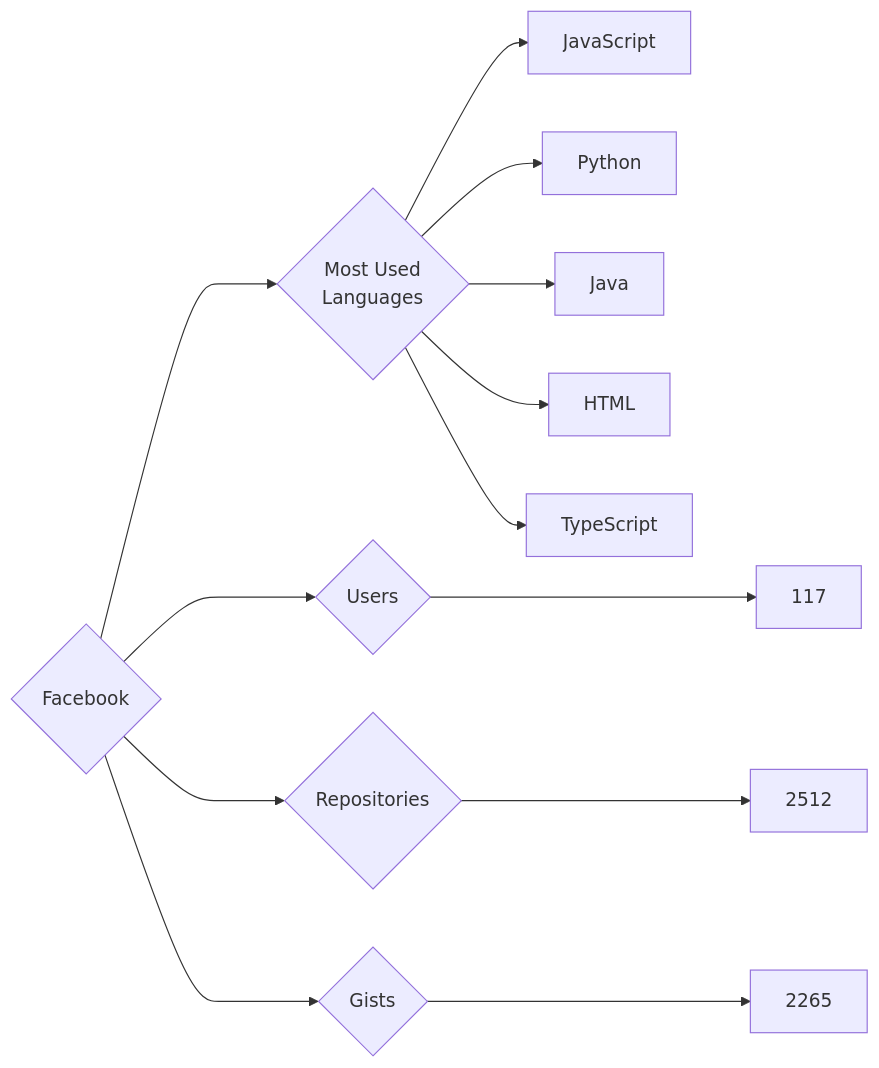
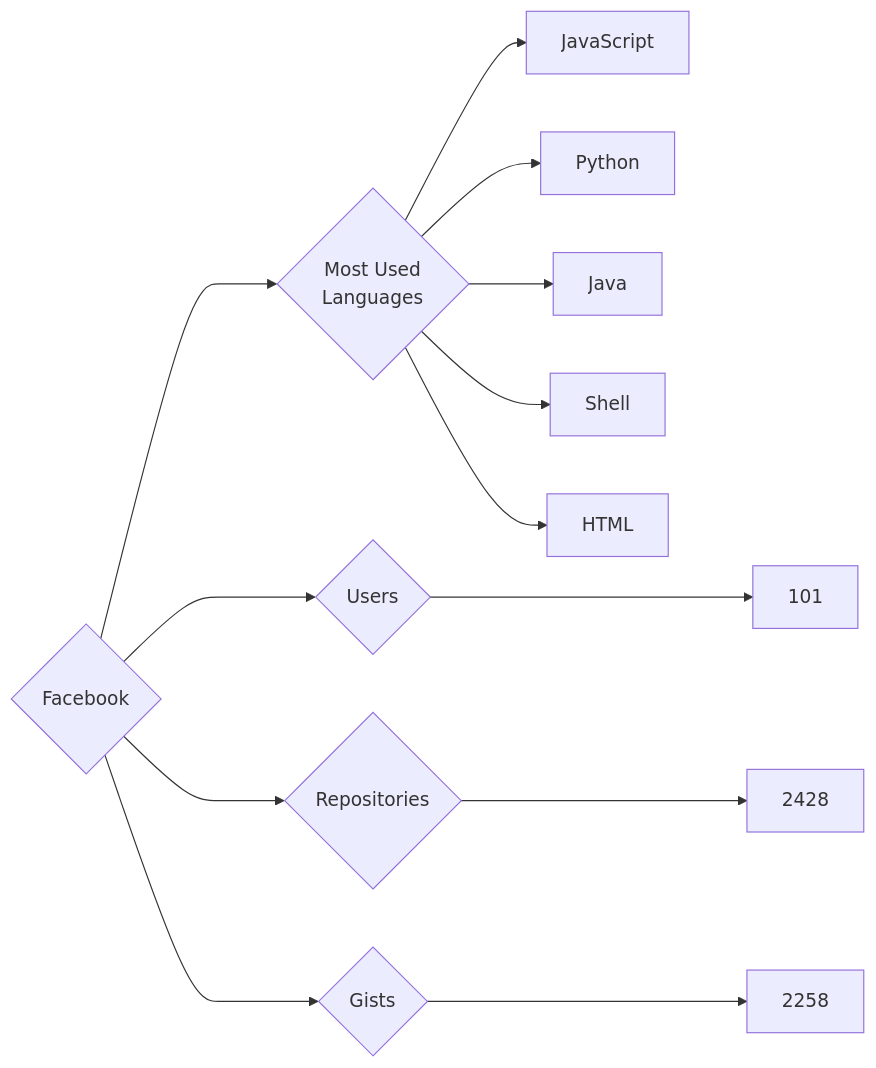
Before and after one commit to trickest/insiders: the diagram in targets/Facebook/README.md, drawn with Mermaid. The commit also changed 720 other files, not shown here.

````diff
--- a/targets/Facebook/README.md
+++ b/targets/Facebook/README.md
@@ -3,13 +3,13 @@
 ```mermaid
 graph LR
 COMPANY_NAME{Facebook}
-COMPANY_NAME ---> U{Users} ---> UN[117]
-COMPANY_NAME ---> R{Repositories} ---> RN[2512]
-COMPANY_NAME ---> G{Gists} ---> GN[2265]
+COMPANY_NAME ---> U{Users} ---> UN[101]
+COMPANY_NAME ---> R{Repositories} ---> RN[2428]
+COMPANY_NAME ---> G{Gists} ---> GN[2258]
 COMPANY_NAME ---> ML{Most Used<br>Languages}
 ML --> JavaScript[JavaScript]
 ML --> Python[Python]
 ML --> Java[Java]
+ML --> Shell[Shell]
 ML --> HTML[HTML]
-ML --> TypeScript[TypeScript]
 ```
````
